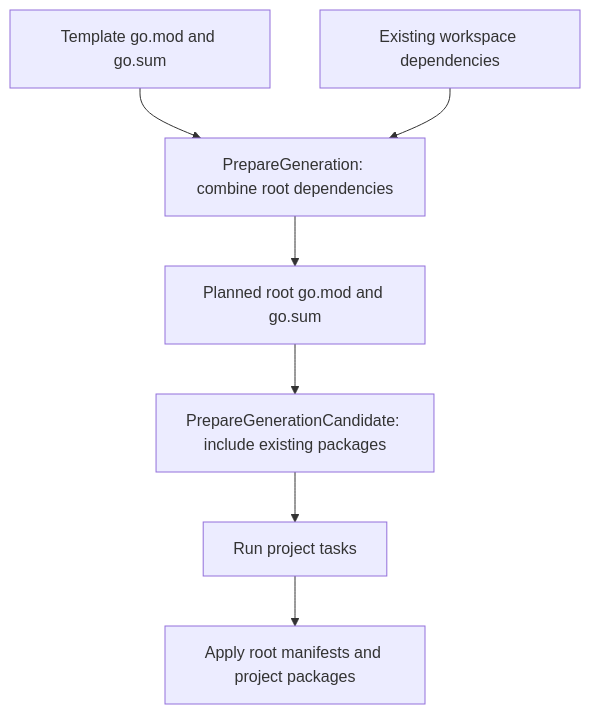
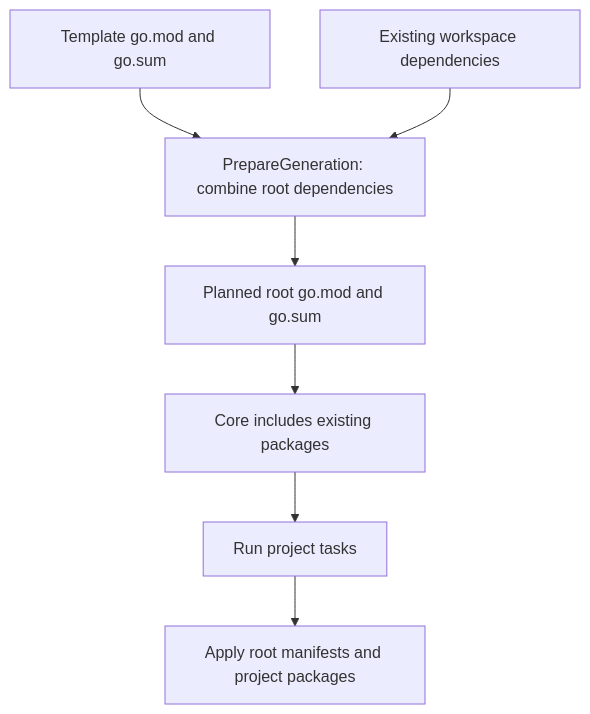
Before and after one commit to cloudvoyant/premise: the fourth of 5 diagrams in docs/modules/package-manager.md, drawn with Mermaid. The commit also changed other lines of this file and 52 other files, not shown here.

````diff
--- a/docs/modules/package-manager.md
+++ b/docs/modules/package-manager.md
@@ -111,9 +128,9 @@
 ```mermaid
 flowchart TD
     Template["Template go.mod and go.sum"] --> Merge["PrepareGeneration: combine root dependencies"]
     Existing["Existing workspace dependencies"] --> Merge
     Merge --> Root["Planned root go.mod and go.sum"]
-    Root --> Candidate["PrepareGenerationCandidate: include existing packages"]
+    Root --> Candidate["Core includes existing packages"]
     Candidate --> Checks["Run project tasks"]
     Checks --> Apply["Apply root manifests and project packages"]
 ```
````
